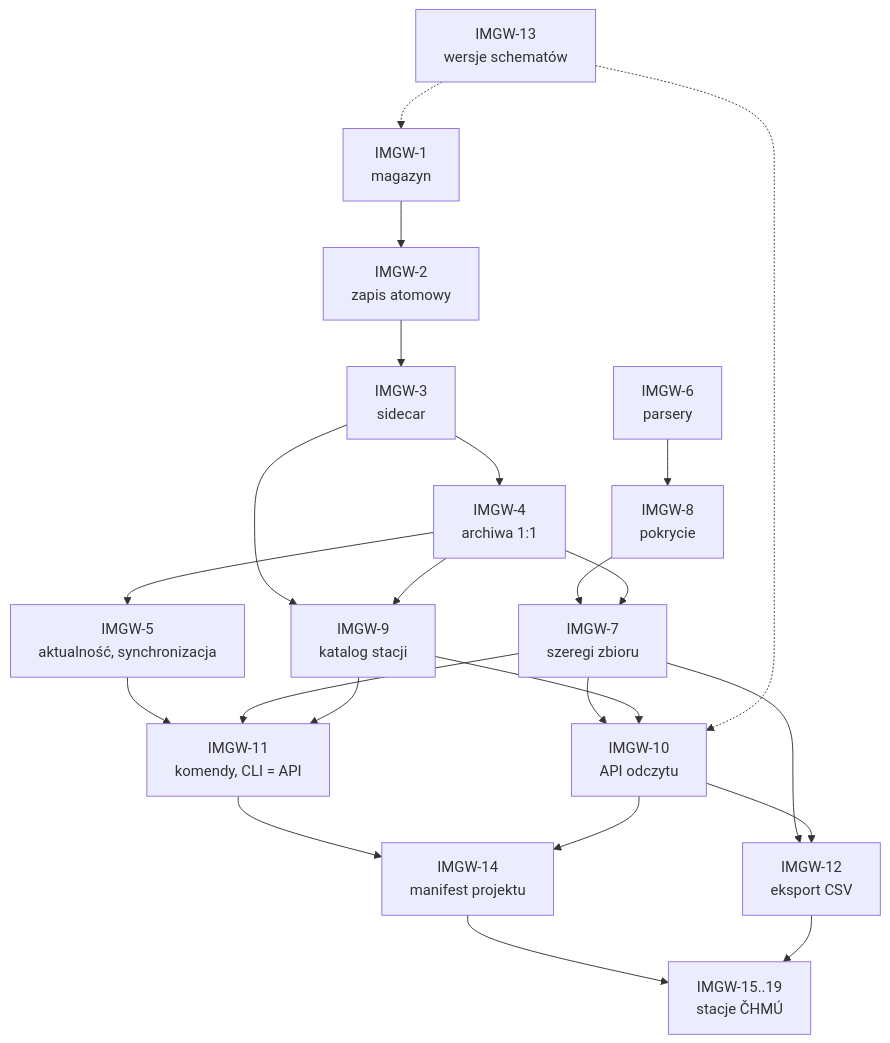
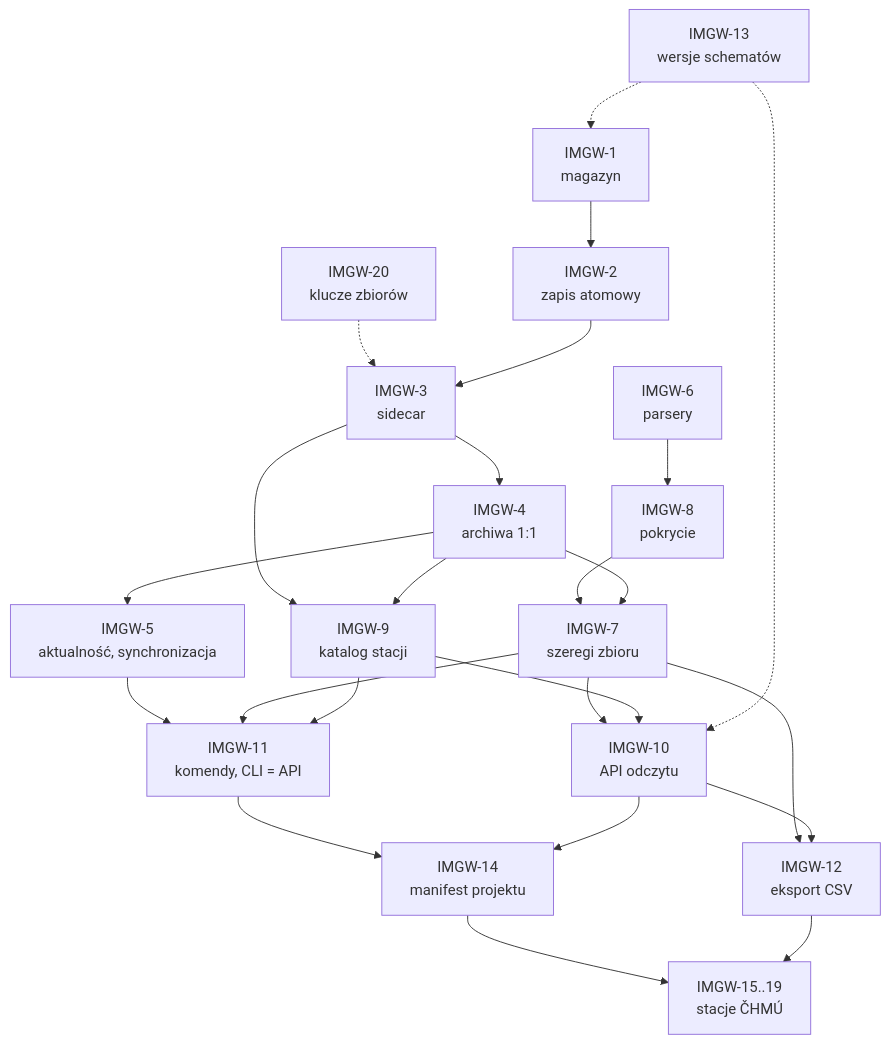
Before and after one commit to Daldek/Archiwista: the diagram in docs/wymagania-imgwtools.md, drawn with Mermaid. The commit also changed other lines of this file and 2 other files, not shown here.

````diff
--- a/docs/wymagania-imgwtools.md
+++ b/docs/wymagania-imgwtools.md
@@ -1331,36 +1387,38 @@
 ```mermaid
 flowchart TD
   I13["IMGW-13<br/>wersje schematów"]
   I1["IMGW-1<br/>magazyn"]
   I2["IMGW-2<br/>zapis atomowy"]
   I3["IMGW-3<br/>sidecar"]
   I4["IMGW-4<br/>archiwa 1:1"]
   I5["IMGW-5<br/>aktualność, synchronizacja"]
   I6["IMGW-6<br/>parsery"]
   I8["IMGW-8<br/>pokrycie"]
   I7["IMGW-7<br/>szeregi zbioru"]
   I9["IMGW-9<br/>katalog stacji"]
   I10["IMGW-10<br/>API odczytu"]
   I11["IMGW-11<br/>komendy, CLI = API"]
   I12["IMGW-12<br/>eksport CSV"]
   I14["IMGW-14<br/>manifest projektu"]
   I15["IMGW-15..19<br/>stacje ČHMÚ"]
+  I20["IMGW-20<br/>klucze zbiorów"]
   I13 -.-> I1
+  I20 -.-> I3
   I1 --> I2 --> I3 --> I4 --> I5
   I6 --> I8 --> I7
   I4 --> I7
   I3 --> I9
   I4 --> I9
   I7 --> I10
   I9 --> I10
   I13 -.-> I10
   I5 --> I11
   I7 --> I11
   I9 --> I11
   I7 --> I12
   I10 --> I12
   I11 --> I14
   I10 --> I14
   I14 --> I15
   I12 --> I15
 ```
````
